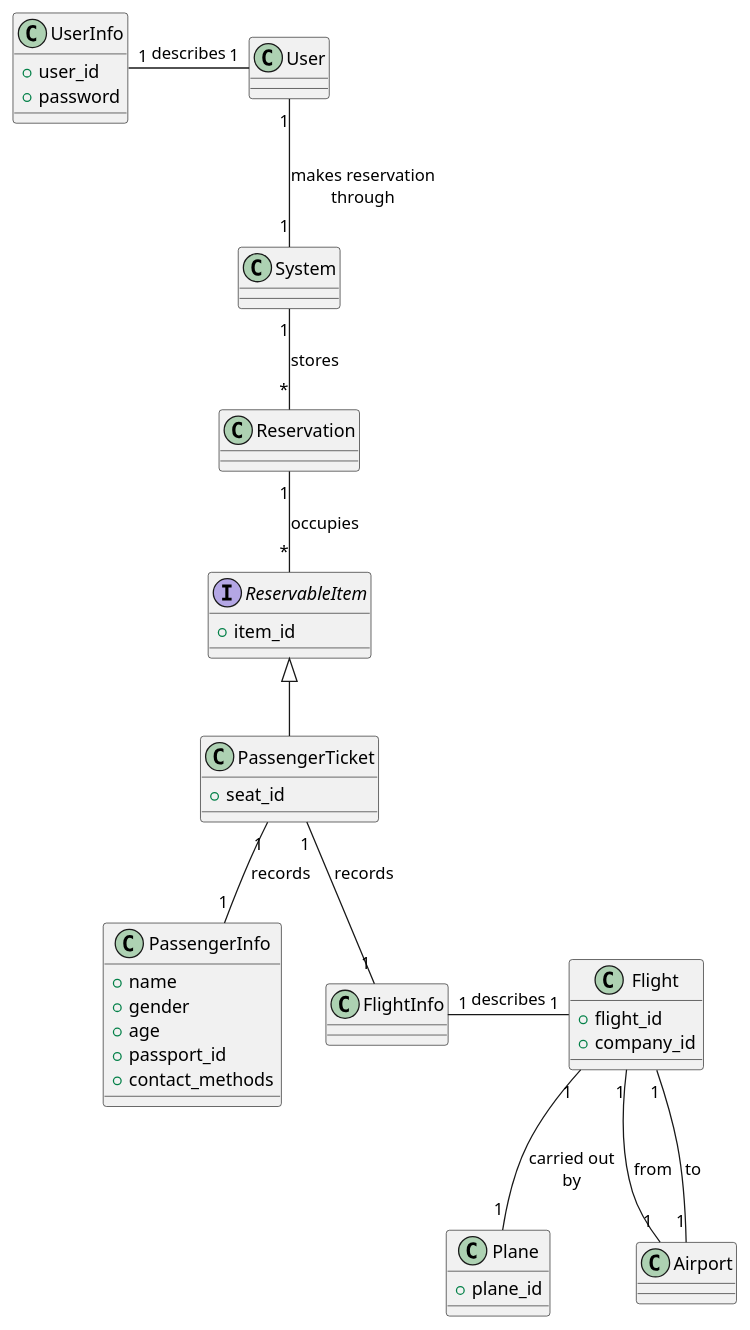
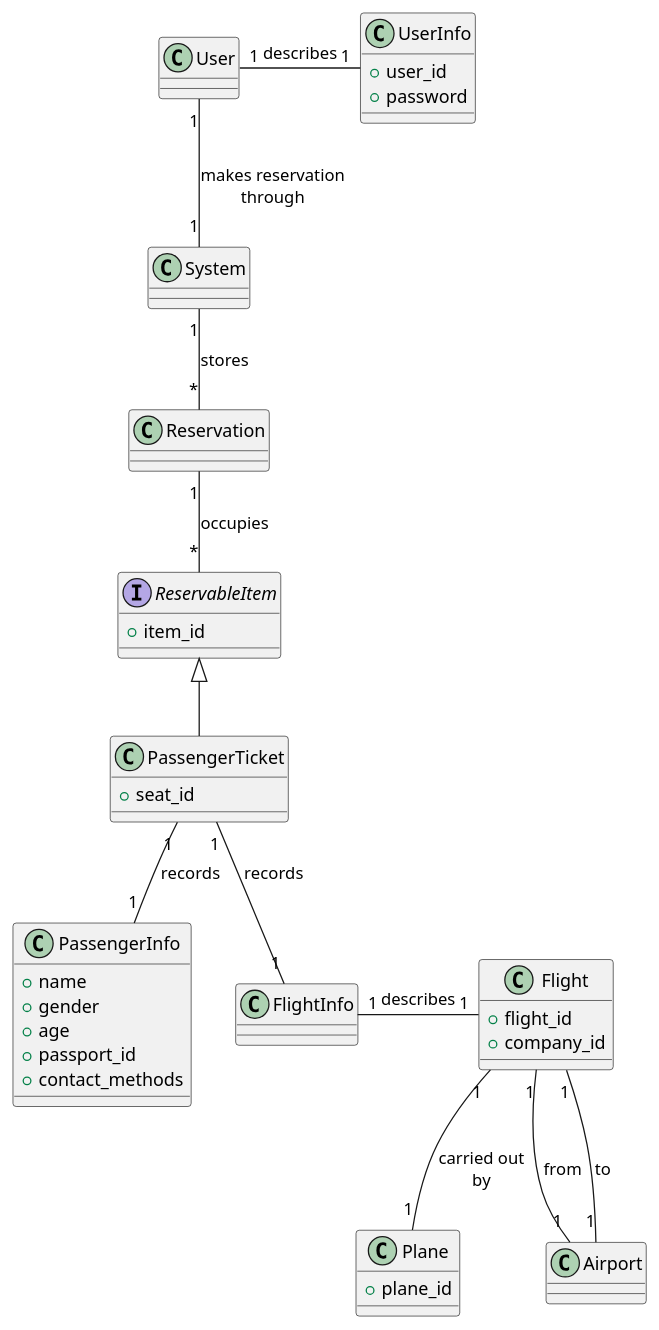
One commit to Deuchier/flight_manager_V1 changed the diagram in doc/analysis/domain.puml. Above: the diagram before and after it, drawn with PlantUML. The commit also changed 2 other files, not shown here.

```diff
--- a/doc/analysis/domain.puml
+++ b/doc/analysis/domain.puml
@@ -1,53 +1,53 @@
 @startuml
 
 
-UserInfo "1"-"1" User: describes
+UserInfo "1"-left-"1" User: describes
 class UserInfo {
     +user_id
     +password
 }
 
 User "1"--"1" System : makes reservation\nthrough
 
 System "1"--"*" Reservation : stores
 
 Reservation "1"--"*" ReservableItem : occupies
 interface ReservableItem {
     +item_id
 }
 
 ReservableItem <|-- PassengerTicket
 
 PassengerTicket "1"--"1" PassengerInfo : records
 PassengerTicket "1"--"1" FlightInfo : records
 
 class PassengerTicket {
     +seat_id
 }
 
 class PassengerInfo {
     +name
     +gender
     +age
     +passport_id
     +contact_methods
 }
 
 FlightInfo -[hidden]left- PassengerInfo
 FlightInfo "1"-"1" Flight: describes
 class Flight {
     +flight_id
     +company_id
 }
 
 Flight "1"--"1" Plane: carried out\nby
 Flight "1"--"1" Airport: from
 Flight "1"--"1" Airport: to
 
 class Plane {
     +plane_id
 }
 
 
 
 @enduml
```
